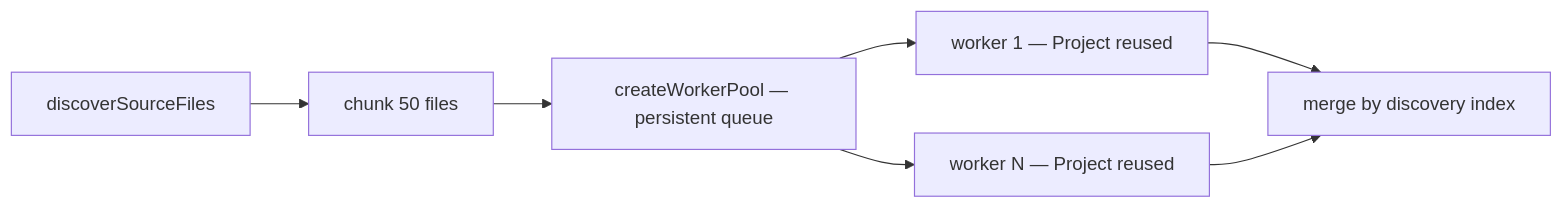
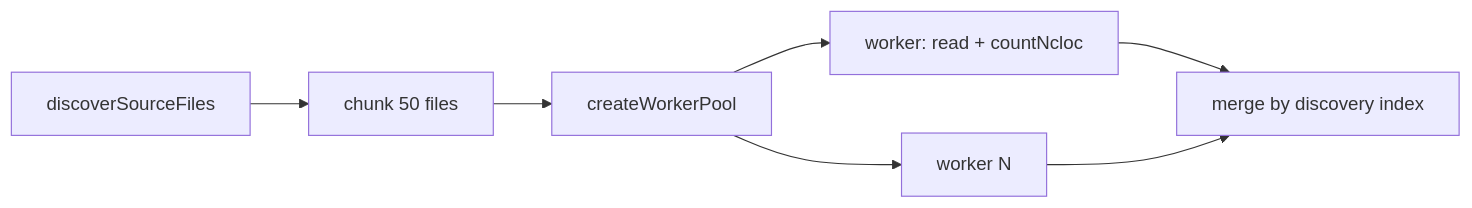
The second of 2 diagrams in .specs/codebase/ARCHITECTURE.md (AlanTaranti/hotspot-scanner), drawn with Mermaid before and after one commit. The commit also changed other lines of this file and 138 other files, not shown here.

````diff
--- a/.specs/codebase/ARCHITECTURE.md
+++ b/.specs/codebase/ARCHITECTURE.md
@@ -300,9 +148,9 @@
 ```mermaid
 flowchart LR
   Discover[discoverSourceFiles] --> Chunk[chunk 50 files]
-  Chunk --> Pool["createWorkerPool — persistent queue"]
-  Pool --> W1["worker 1 — Project reused"]
-  Pool --> W2["worker N — Project reused"]
+  Chunk --> Pool["createWorkerPool"]
+  Pool --> W1["worker: read + countNcloc"]
+  Pool --> W2["worker N"]
   W1 --> Merge[merge by discovery index]
   W2 --> Merge
 ```
````
